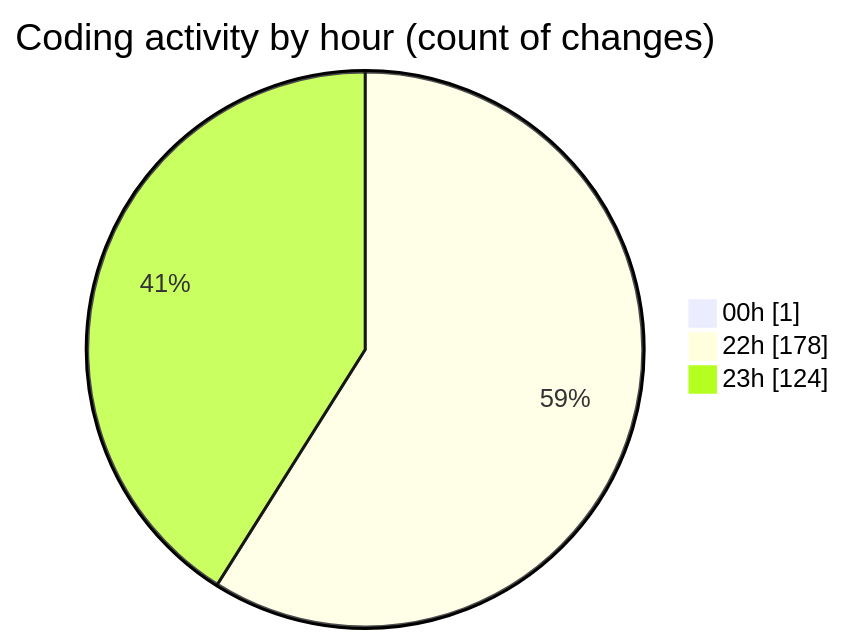
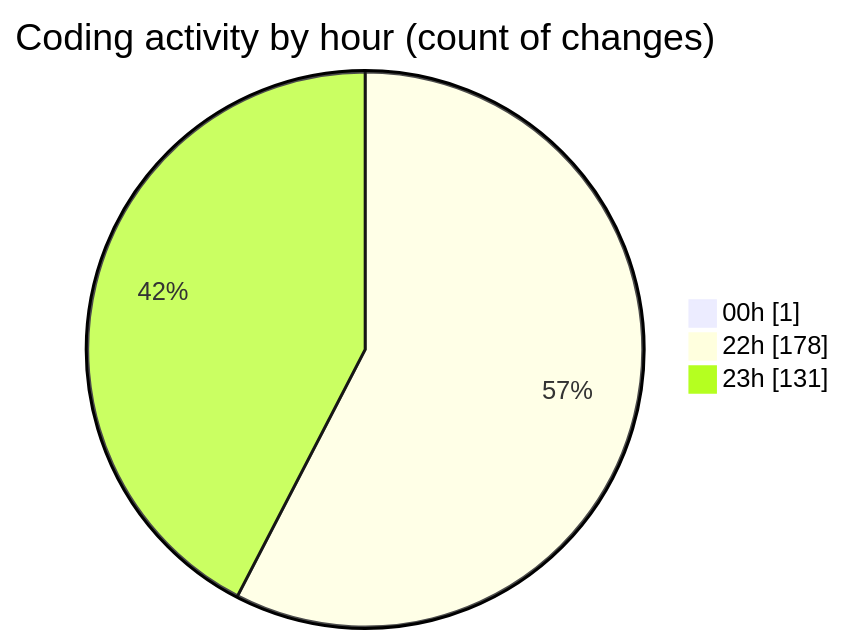
One commit to Ritupan-Deka/code-tracking changed the second of 2 diagrams in 2025-08-04/javascript/README.md. Above: the diagram before and after it, drawn with Mermaid. The commit also changed other lines of this file and 1 other file, not shown here.

````diff
--- a/2025-08-04/javascript/README.md
+++ b/2025-08-04/javascript/README.md
@@ -31,7 +32,7 @@
 ```mermaid
 pie showData
 title Coding activity by hour (count of changes)
 "00h" : 1
 "22h" : 178
-"23h" : 124
+"23h" : 131
 ```
````
